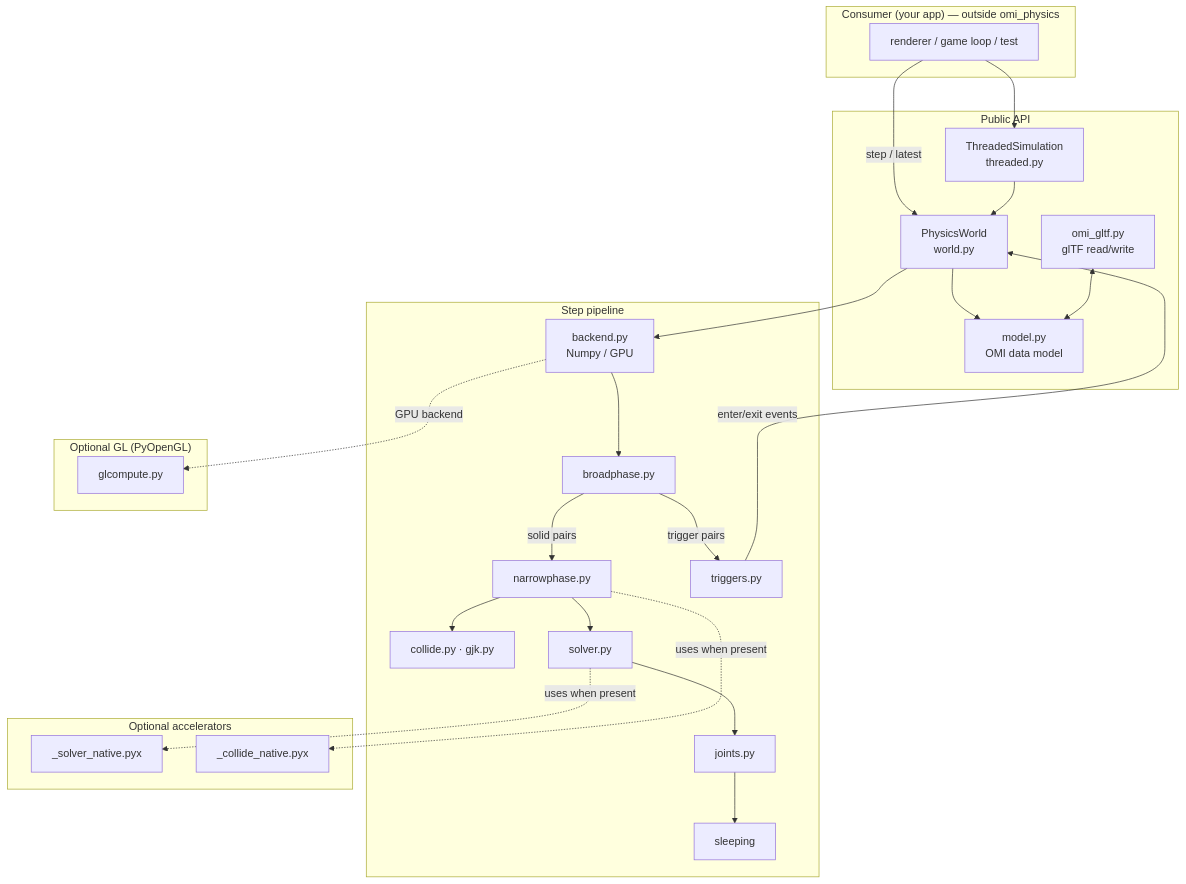
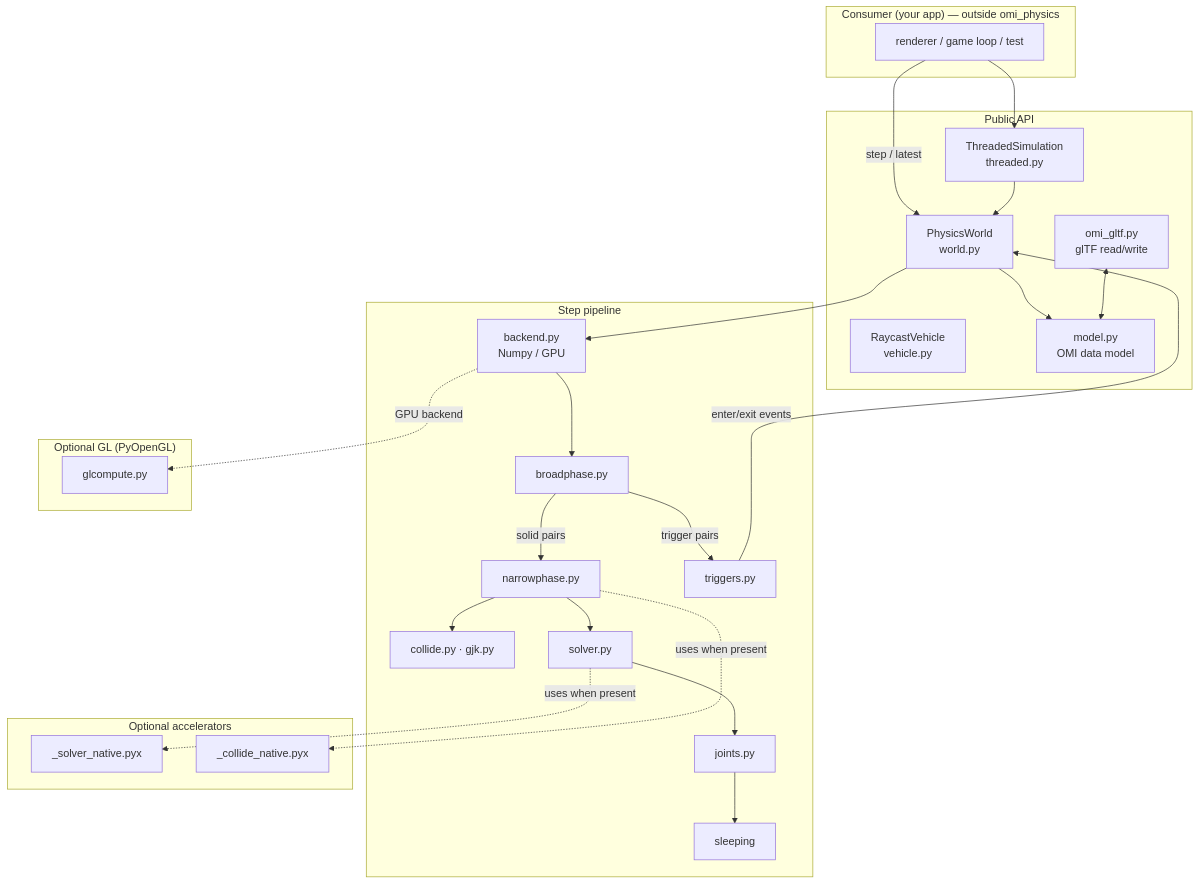
Before and after one commit to mcfletch/omi_physics: the diagram in docs/ARCHITECTURE.md, drawn with Mermaid. The commit also changed 3 other files, not shown here.

First line of the commit message:
A raycast vehicle

````diff
--- a/docs/ARCHITECTURE.md
+++ b/docs/ARCHITECTURE.md
@@ -10,48 +10,49 @@
 ```mermaid
 flowchart TD
     subgraph consumer["Consumer (your app) — outside omi_physics"]
         R[renderer / game loop / test]
     end
 
     subgraph api["Public API"]
         W[PhysicsWorld<br/>world.py]
+        V[RaycastVehicle<br/>vehicle.py]
         TS[ThreadedSimulation<br/>threaded.py]
         M[model.py<br/>OMI data model]
         G[omi_gltf.py<br/>glTF read/write]
     end
 
     subgraph pipeline["Step pipeline"]
         BK[backend.py<br/>Numpy / GPU]
         BP[broadphase.py]
         NP[narrowphase.py]
         CO[collide.py · gjk.py]
         SV[solver.py]
         JO[joints.py]
         TR[triggers.py]
         SL[sleeping]
     end
 
     subgraph accel["Optional accelerators"]
         SN[_solver_native.pyx]
         CN[_collide_native.pyx]
     end
 
     subgraph opt["Optional GL (PyOpenGL)"]
         GC[glcompute.py]
     end
 
     R -->|step / latest| W
     R --> TS
     TS --> W
     W --> M
     G <--> M
     W --> BK
     BK --> BP
     BP -->|solid pairs| NP --> SV --> JO --> SL
     BP -->|trigger pairs| TR
     TR -->|enter/exit events| W
     NP --> CO
     SV -. uses when present .-> SN
     NP -. uses when present .-> CN
     BK -. GPU backend .-> GC
 ```
````
